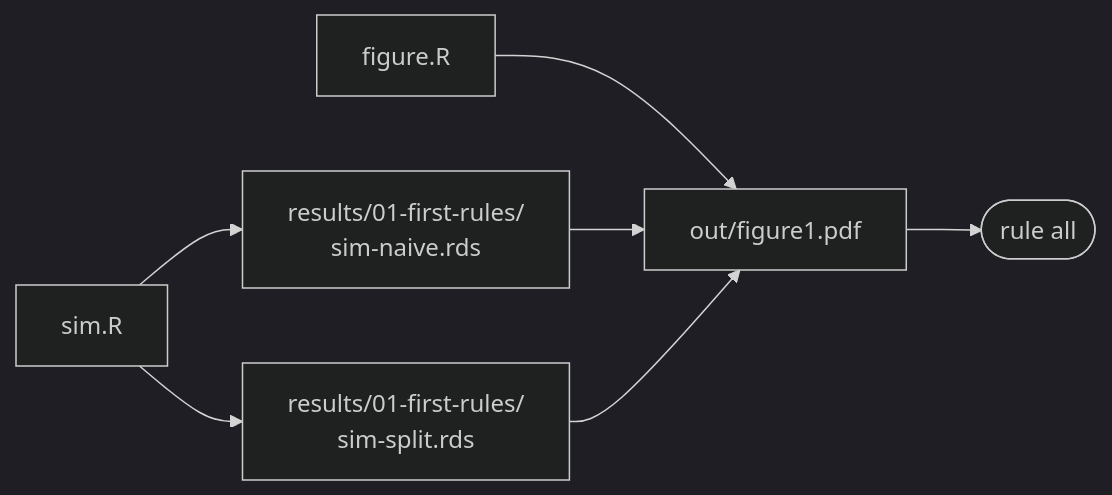
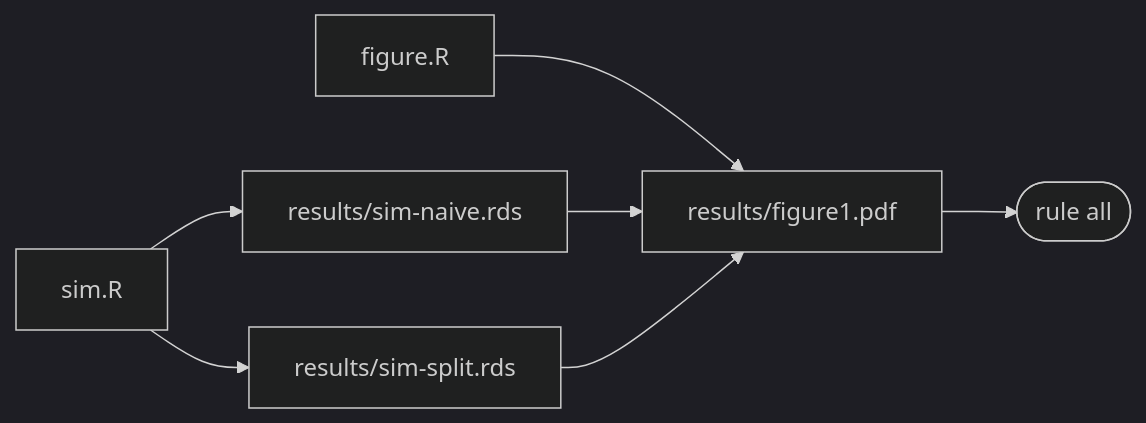
Before and after one commit to lharris421/snakemake-tutorial: the diagram in 02-first-snakefile.qmd, drawn with Mermaid (dark theme). The commit also changed other lines of this file and 67 other files, not shown here.

````diff
--- a/02-first-snakefile.qmd
+++ b/02-first-snakefile.qmd
@@ -70,10 +70,10 @@
 ```{mermaid}
 %%| fig-align: center
 flowchart LR
-  A[sim.R] --> B["results/01-first-rules/<br/>sim-naive.rds"]
-  A --> C["results/01-first-rules/<br/>sim-split.rds"]
-  D[figure.R] --> E[out/figure1.pdf]
+  A[sim.R] --> B[results/sim-naive.rds]
+  A --> C[results/sim-split.rds]
+  D[figure.R] --> E[results/figure1.pdf]
   B --> E
   C --> E
   E --> F([rule all])
 ```
````
